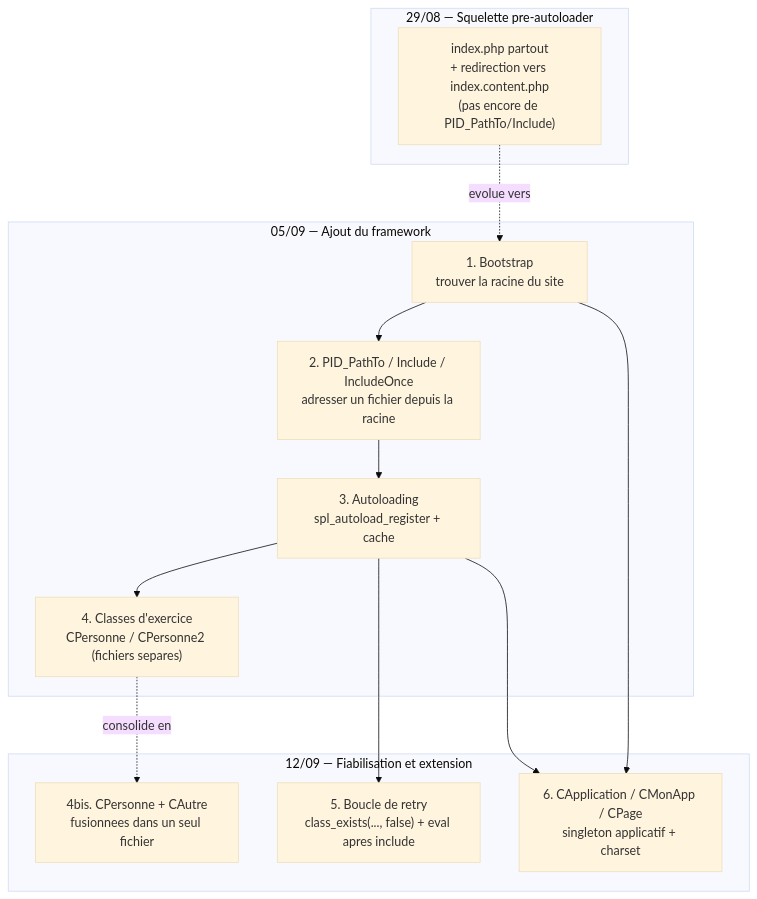
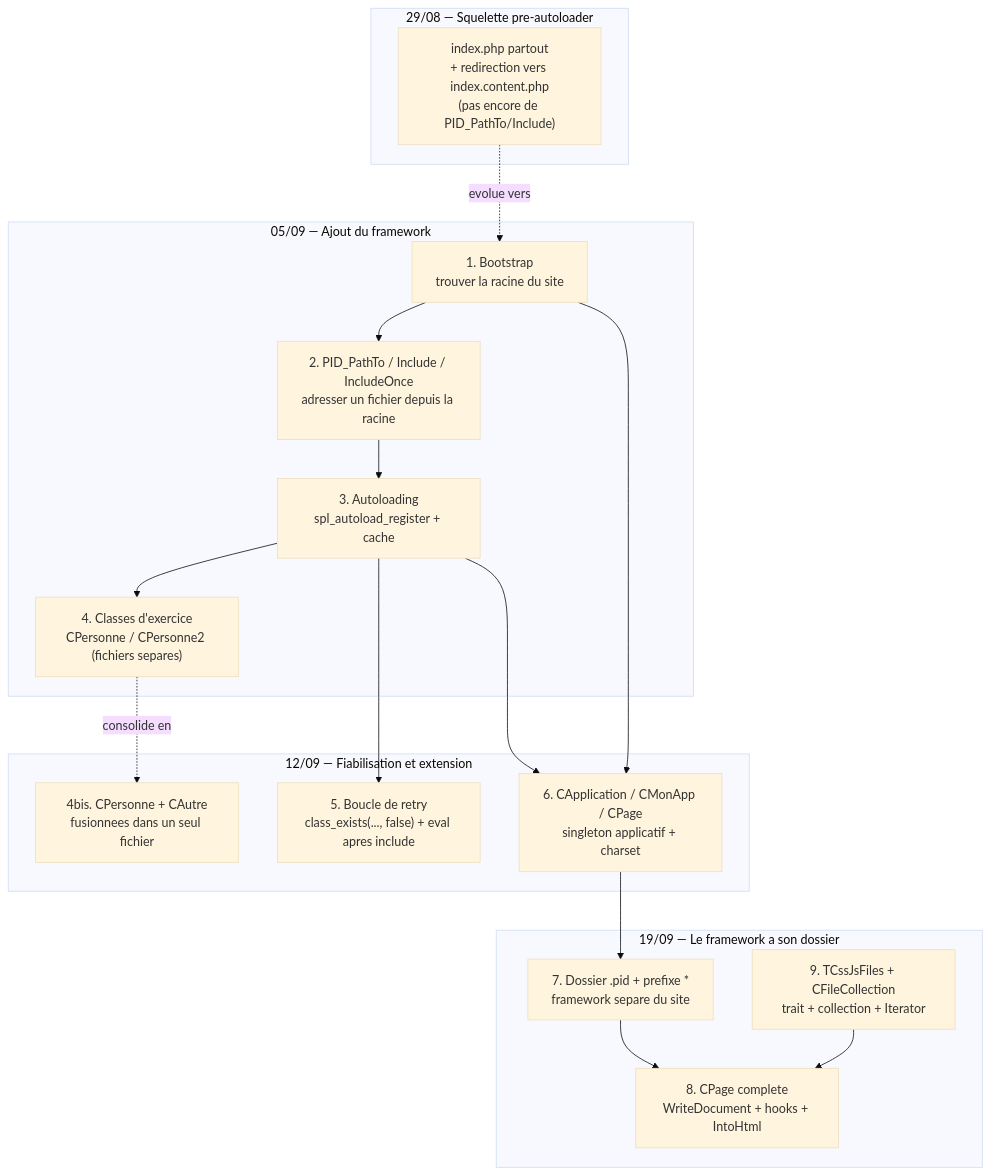
Before and after one commit to ernesthdj/PID: the diagram in docs/academique/MOC — PID.md, drawn with Mermaid (base theme). The commit also changed other lines of this file and 14 other files, not shown here.

First line of the commit message:
docs(pid): cours 19/09 (.pid, CPage, trait CSS/JS), canvas et rythme du cours

````diff
--- a/docs/academique/MOC — PID.md
+++ b/docs/academique/MOC — PID.md
@@ -16,23 +16,31 @@
 ```mermaid
 flowchart TD
     subgraph "29/08 — Squelette pre-autoloader"
         S0["index.php partout<br/>+ redirection vers index.content.php<br/>(pas encore de PID_PathTo/Include)"]
     end
     subgraph "05/09 — Ajout du framework"
         B["1. Bootstrap<br/>trouver la racine du site"]
         U["2. PID_PathTo / Include / IncludeOnce<br/>adresser un fichier depuis la racine"]
         A["3. Autoloading<br/>spl_autoload_register + cache"]
         P["4. Classes d'exercice<br/>CPersonne / CPersonne2 (fichiers separes)"]
         B --> U --> A --> P
     end
     subgraph "12/09 — Fiabilisation et extension"
         R["5. Boucle de retry<br/>class_exists(..., false) + eval apres include"]
         CA["6. CApplication / CMonApp / CPage<br/>singleton applicatif + charset"]
         POO2["4bis. CPersonne + CAutre<br/>fusionnees dans un seul fichier"]
     end
+    subgraph "19/09 — Le framework a son dossier"
+        D["7. Dossier .pid + prefixe *<br/>framework separe du site"]
+        PG["8. CPage complete<br/>WriteDocument + hooks + IntoHtml"]
+        TR["9. TCssJsFiles + CFileCollection<br/>trait + collection + Iterator"]
+    end
     S0 -.evolue vers.-> B
     A --> R
     P -.consolide en.-> POO2
     B --> CA
     A --> CA
+    CA --> D
+    D --> PG
+    TR --> PG
 ```
````
